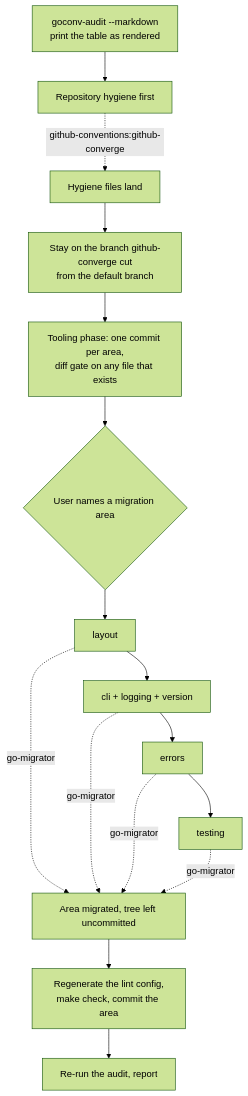
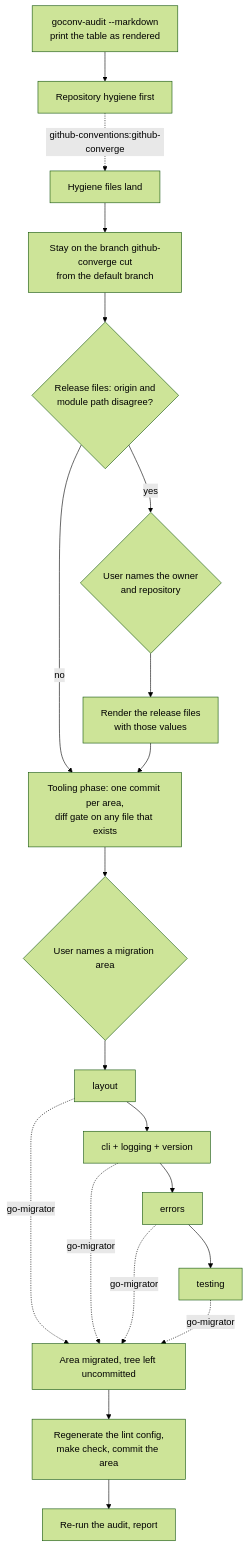
Before and after one commit to jhoblitt/conventions-claude: the fourth of 6 diagrams in README.md, drawn with Mermaid (forest theme). The commit also changed other lines of this file and 10 other files, not shown here.

First line of the commit message:
fix(go-conventions): derive the release fork guard from origin

````diff
--- a/README.md
+++ b/README.md
@@ -133,18 +133,22 @@
 ```mermaid
 flowchart TD
   A["goconv-audit --markdown<br/>print the table as rendered"] --> B["Repository hygiene first"]
   B -.->|github-conventions:github-converge| C["Hygiene files land"]
   C --> D["Stay on the branch github-converge cut<br/>from the default branch"]
-  D --> E["Tooling phase: one commit per area,<br/>diff gate on any file that exists"]
+  D --> T{"Release files: origin and<br/>module path disagree?"}
+  T -- yes --> U{"User names the owner<br/>and repository"}
+  U --> V["Render the release files<br/>with those values"]
+  T -- no --> E["Tooling phase: one commit per area,<br/>diff gate on any file that exists"]
+  V --> E
   E --> F{"User names a migration area"}
   F --> G["layout"]
   G --> H["cli + logging + version"]
   H --> I["errors"]
   I --> J["testing"]
   G -.->|go-migrator| K["Area migrated, tree left uncommitted"]
   H -.->|go-migrator| K
   I -.->|go-migrator| K
   J -.->|go-migrator| K
   K --> L["Regenerate the lint config,<br/>make check, commit the area"]
   L --> M["Re-run the audit, report"]
 ```
````
